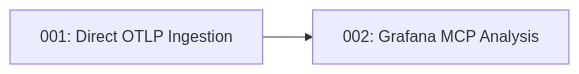
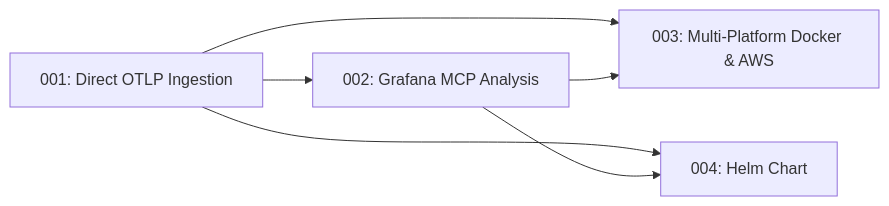
One commit to Vinny1892/octantis changed the diagram in docs/prds/INDEX.md. Above: the diagram before and after it, drawn with Mermaid. The commit also changed other lines of this file and 5 other files, not shown here.

````diff
--- a/docs/prds/INDEX.md
+++ b/docs/prds/INDEX.md
@@ -12,4 +14,8 @@
 ```mermaid
 flowchart LR
     PRD001["001: Direct OTLP Ingestion"] --> PRD002["002: Grafana MCP Analysis"]
+    PRD001 --> PRD003["003: Multi-Platform Docker & AWS"]
+    PRD002 --> PRD003
+    PRD001 --> PRD004["004: Helm Chart"]
+    PRD002 --> PRD004
 ```
````
